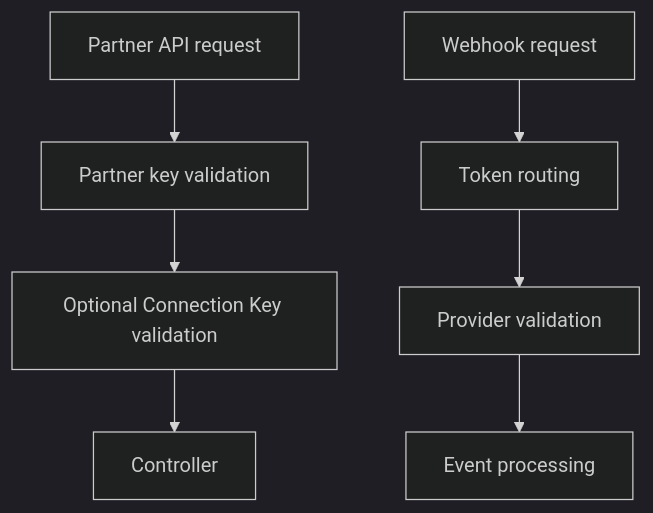
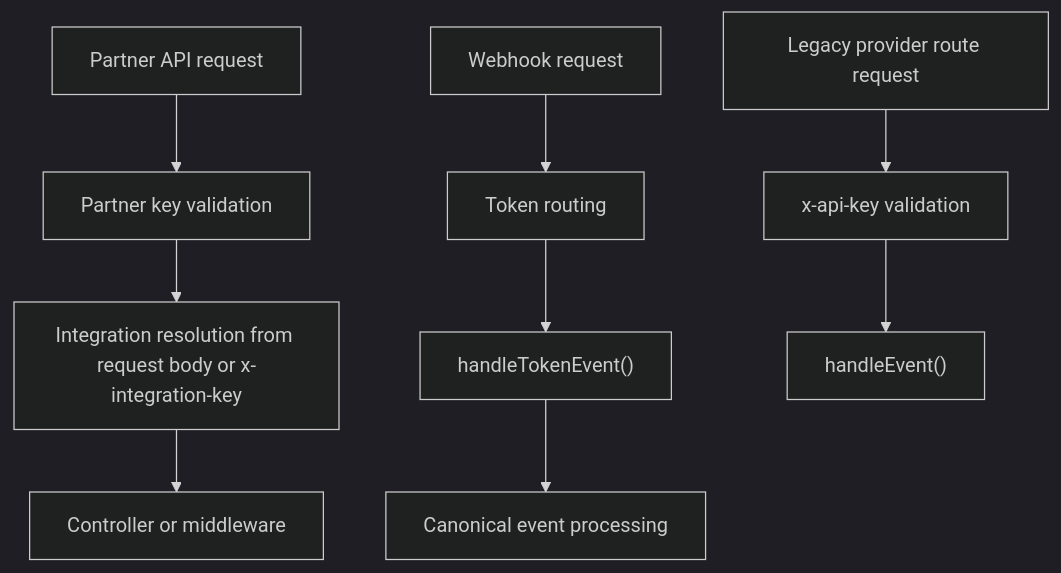
One commit to krischal07/docs changed the diagram in integrations/restrox/native/authentication.mdx. Above: the diagram before and after it, drawn with Mermaid (dark theme). The commit also changed other lines of this file and 10 other files, not shown here.

````diff
--- a/integrations/restrox/native/authentication.mdx
+++ b/integrations/restrox/native/authentication.mdx
@@ -120,10 +137,13 @@
 ```mermaid
 flowchart TD
   A["Partner API request"] --> B["Partner key validation"]
-  B --> C["Optional Connection Key validation"]
-  C --> D["Controller"]
+  B --> C["Integration resolution from request body or x-integration-key"]
+  C --> D["Controller or middleware"]
 
   E["Webhook request"] --> F["Token routing"]
-  F --> G["Provider validation"]
-  G --> H["Event processing"]
+  F --> G["handleTokenEvent()"]
+  G --> H["Canonical event processing"]
+
+  I["Legacy provider route request"] --> J["x-api-key validation"]
+  J --> K["handleEvent()"]
 ```
````
